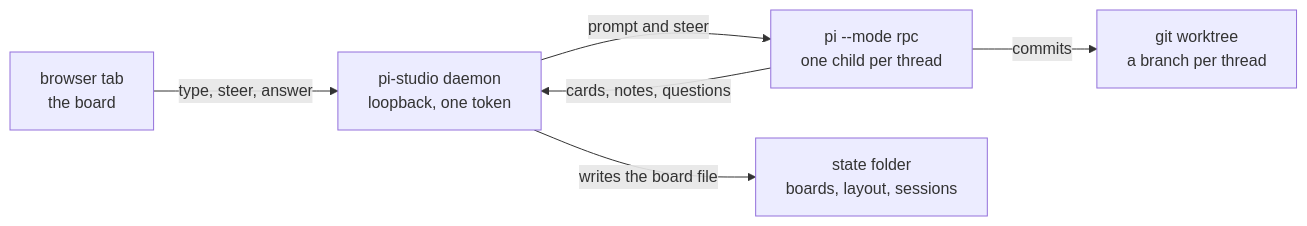
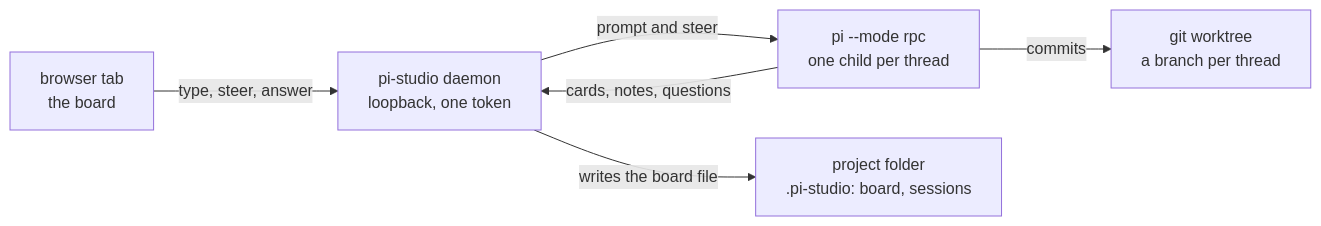
One commit to theMladyPan/pi-studio changed the diagram in README.md. Above: the diagram before and after it, drawn with Mermaid. The commit also changed other lines of this file and 5 other files, not shown here.

````diff
--- a/README.md
+++ b/README.md
@@ -107,14 +165,14 @@
 ```mermaid
 flowchart LR
   tab["browser tab<br>the board"]
   daemon["pi-studio daemon<br>loopback, one token"]
   agent["pi --mode rpc<br>one child per thread"]
   tree["git worktree<br>a branch per thread"]
-  state["state folder<br>boards, layout, sessions"]
+  state["project folder<br>.pi-studio: board, sessions"]
 
   tab -- "type, steer, answer" --> daemon
   daemon -- "prompt and steer" --> agent
   agent -- "cards, notes, questions" --> daemon
   agent -- "commits" --> tree
   daemon -- "writes the board file" --> state
 ```
````
